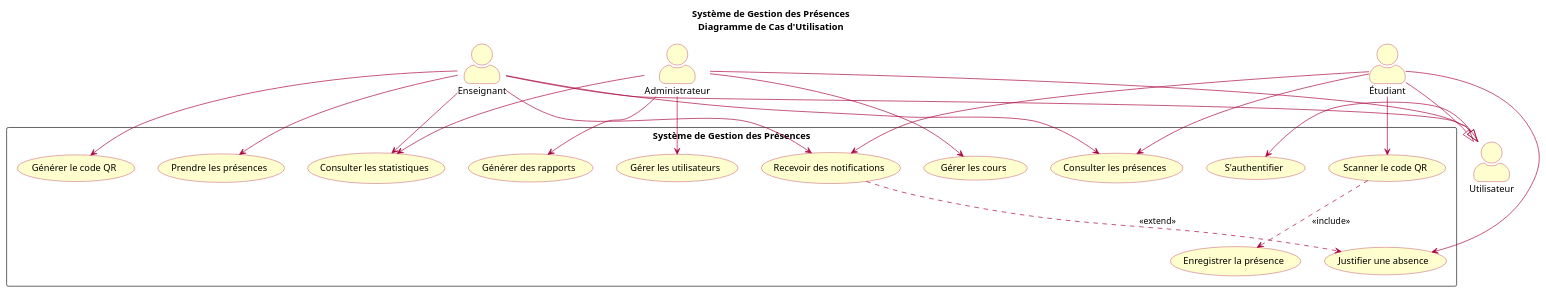
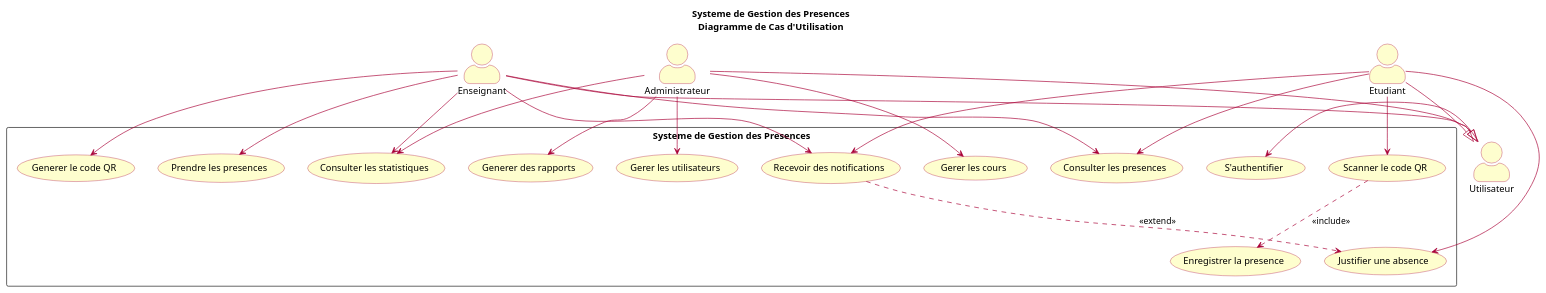
The diagram in diagramme_cas_utilisation.puml (Ndeye-Marieme-Fall/todolist), drawn with PlantUML before and after one commit.

Commit message:
Rewrite PlantUML diagram: remove accents, em dashes, inline comments
Agent-Logs-Url: https://github.com/Ndeye-Marieme-Fall/todolist/sessions/c2cbb941-fc83-4bb2-b685-537c004d0d87

```diff
--- a/diagramme_cas_utilisation.puml
+++ b/diagramme_cas_utilisation.puml
@@ -1,96 +1,90 @@
 @startuml Diagramme_Cas_Utilisation_Presences
 
-title Système de Gestion des Présences\nDiagramme de Cas d'Utilisation
+title Systeme de Gestion des Presences\nDiagramme de Cas d'Utilisation
 
 top to bottom direction
 skinparam packageStyle rectangle
 skinparam actorStyle awesome
 skinparam usecase {
     BackgroundColor #FEFECE
     BorderColor #A80036
     ArrowColor #A80036
 }
 skinparam actor {
     BackgroundColor #FEFECE
     BorderColor #A80036
 }
 
-' ===========================================
-' ACTEURS (hors système)
-' ===========================================
+' -------------------------------------------
+' ACTEURS (hors systeme)
+' -------------------------------------------
 
 ' Acteur parent abstrait
 actor "Utilisateur" as Utilisateur
 
-' Acteurs concrets — héritent de Utilisateur
-actor "Étudiant"       as Etudiant
-actor "Enseignant"     as Enseignant
+' Acteurs concrets - heritent de Utilisateur
+actor "Etudiant" as Etudiant
+actor "Enseignant" as Enseignant
 actor "Administrateur" as Admin
 
 Etudiant   --|> Utilisateur
 Enseignant --|> Utilisateur
 Admin      --|> Utilisateur
 
-' ===========================================
-' SYSTÈME
-' ===========================================
-rectangle "Système de Gestion des Présences" {
+' -------------------------------------------
+' SYSTEME
+' -------------------------------------------
+rectangle "Systeme de Gestion des Presences" {
 
-    ' --- Cas commun à tous les utilisateurs ---
+    ' Cas commun a tous les utilisateurs
     usecase "S'authentifier" as UC_Auth
 
-    ' --- Cas de l'Étudiant ---
-    usecase "Scanner le code QR"        as UC_Scan
-    usecase "Enregistrer la présence"   as UC_Enreg
-    usecase "Consulter les présences"   as UC_Consult
-    usecase "Justifier une absence"     as UC_Justif
+    ' Cas de l'Etudiant
+    usecase "Scanner le code QR" as UC_Scan
+    usecase "Enregistrer la presence" as UC_Enreg
+    usecase "Consulter les presences" as UC_Consult
+    usecase "Justifier une absence" as UC_Justif
     usecase "Recevoir des notifications" as UC_Notif
 
-    ' --- Cas de l'Enseignant ---
-    usecase "Générer le code QR"         as UC_GenQR
-    usecase "Prendre les présences"      as UC_Prise
+    ' Cas de l'Enseignant
+    usecase "Generer le code QR" as UC_GenQR
+    usecase "Prendre les presences" as UC_Prise
     usecase "Consulter les statistiques" as UC_Stats
 
-    ' --- Cas de l'Administrateur ---
-    usecase "Gérer les utilisateurs" as UC_Users
-    usecase "Gérer les cours"        as UC_Cours
-    usecase "Générer des rapports"   as UC_Rapports
+    ' Cas de l'Administrateur
+    usecase "Gerer les utilisateurs" as UC_Users
+    usecase "Gerer les cours" as UC_Cours
+    usecase "Generer des rapports" as UC_Rapports
 
-    ' --- Relations entre cas d'utilisation ---
-
-    ' <<include>> : Scanner le code QR inclut toujours Enregistrer la présence
-    ' (la flèche part du cas de base vers le cas inclus)
+    ' Relations entre cas d'utilisation
     UC_Scan ..> UC_Enreg : <<include>>
-
-    ' <<extend>> : Recevoir des notifications est optionnel,
-    ' déclenché lors d'une justification d'absence
     UC_Notif ..> UC_Justif : <<extend>>
 }
 
-' ===========================================
-' ASSOCIATIONS acteurs <-> cas d'utilisation
-' ===========================================
+' -------------------------------------------
+' ASSOCIATIONS acteurs - cas d'utilisation
+' -------------------------------------------
 
 ' Tous les utilisateurs s'authentifient (via l'acteur parent)
 Utilisateur --> UC_Auth
 
-' Étudiant
+' Etudiant
 Etudiant --> UC_Scan
 Etudiant --> UC_Consult
 Etudiant --> UC_Justif
 Etudiant --> UC_Notif
 
 ' Enseignant
 Enseignant --> UC_GenQR
 Enseignant --> UC_Prise
 Enseignant --> UC_Consult
 Enseignant --> UC_Stats
 Enseignant --> UC_Notif
 
 ' Administrateur
 Admin --> UC_Users
 Admin --> UC_Cours
 Admin --> UC_Rapports
 Admin --> UC_Stats
 
 @enduml
```
